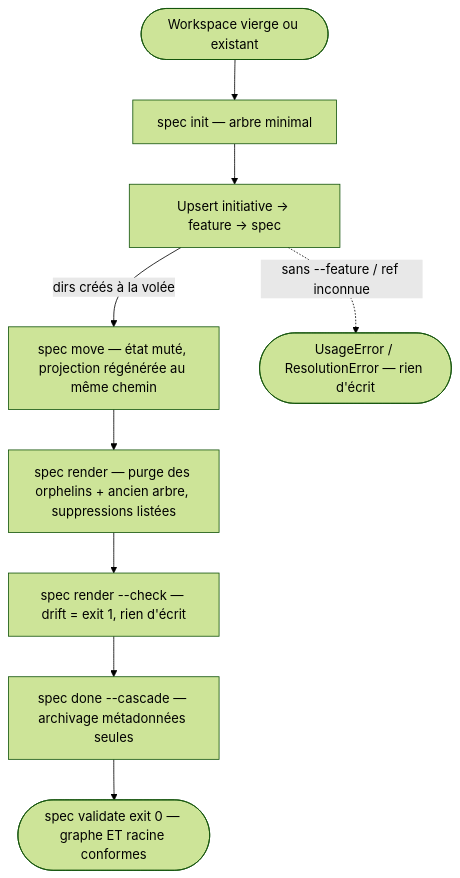
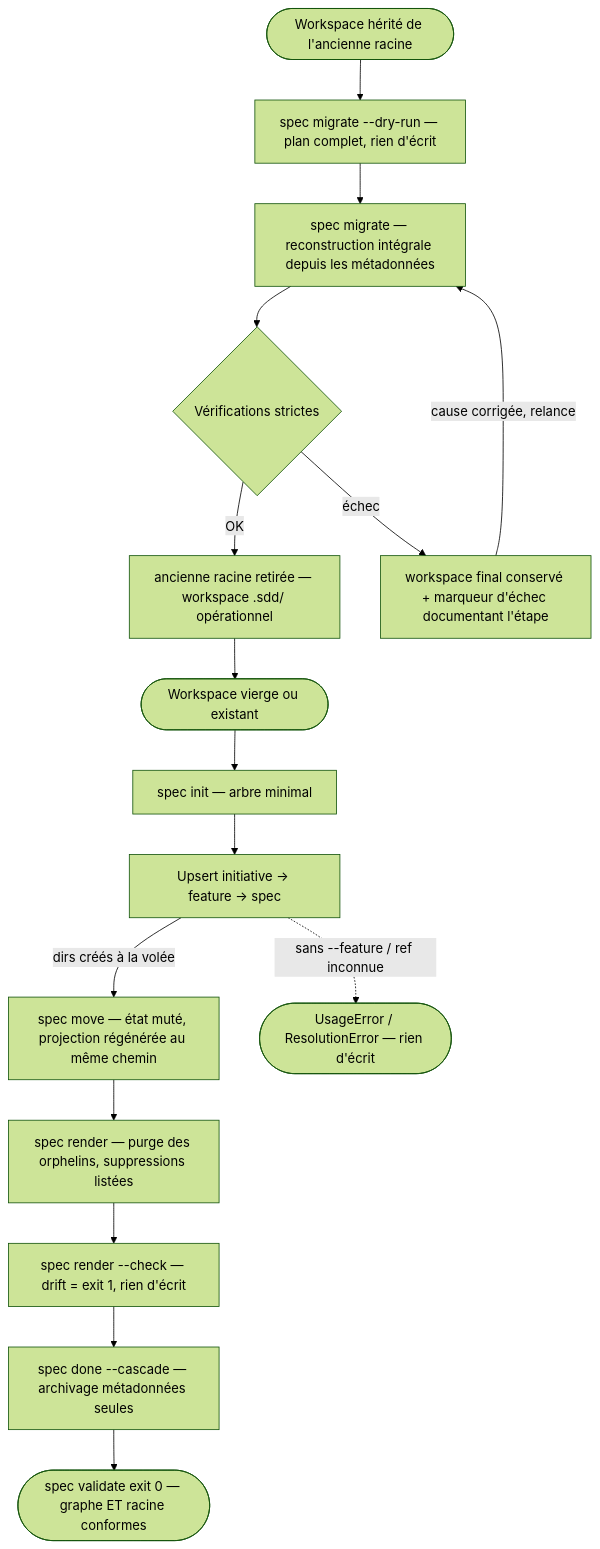
The diagram in .sdd/knowledge/domains/workspace-management/behavior.md (ngdo-pro/sdd), drawn with Mermaid (forest theme) before and after one commit. The commit also changed other lines of this file and 8 other files, not shown here.

````diff
--- a/.sdd/knowledge/domains/workspace-management/behavior.md
+++ b/.sdd/knowledge/domains/workspace-management/behavior.md
@@ -24,11 +25,18 @@
 ```mermaid
 flowchart TD
+    Legacy([Workspace hérité de l'ancienne racine]) --> Plan[spec migrate --dry-run — plan complet, rien d'écrit]
+    Plan --> Migrate[spec migrate — reconstruction intégrale depuis les métadonnées]
+    Migrate --> Gate{Vérifications strictes}
+    Gate -->|OK| Retire[ancienne racine retirée — workspace .sdd/ opérationnel]
+    Gate -->|échec| Marker[workspace final conservé + marqueur d'échec documentant l'étape]
+    Marker -->|cause corrigée, relance| Migrate
+    Retire --> Start
     Start([Workspace vierge ou existant]) --> Init[spec init — arbre minimal]
     Init --> Frame[Upsert initiative → feature → spec]
     Frame -->|dirs créés à la volée| Move[spec move — état muté, projection régénérée au même chemin]
     Frame -.->|sans --feature / ref inconnue| Err([UsageError / ResolutionError — rien d'écrit])
-    Move --> Render[spec render — purge des orphelins + ancien arbre, suppressions listées]
+    Move --> Render[spec render — purge des orphelins, suppressions listées]
     Render --> Check[spec render --check — drift = exit 1, rien d'écrit]
     Check --> Done[spec done --cascade — archivage métadonnées seules]
     Done --> Valid([spec validate exit 0 — graphe ET racine conformes])
 ```
````
